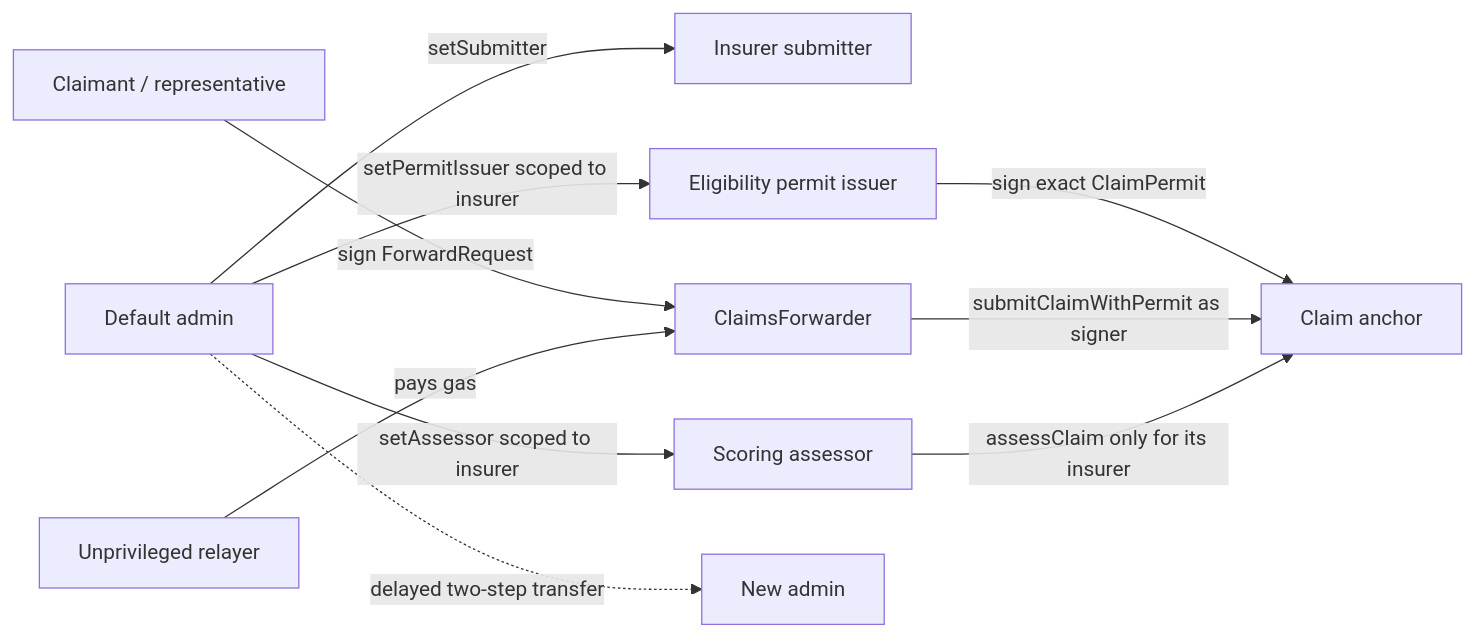
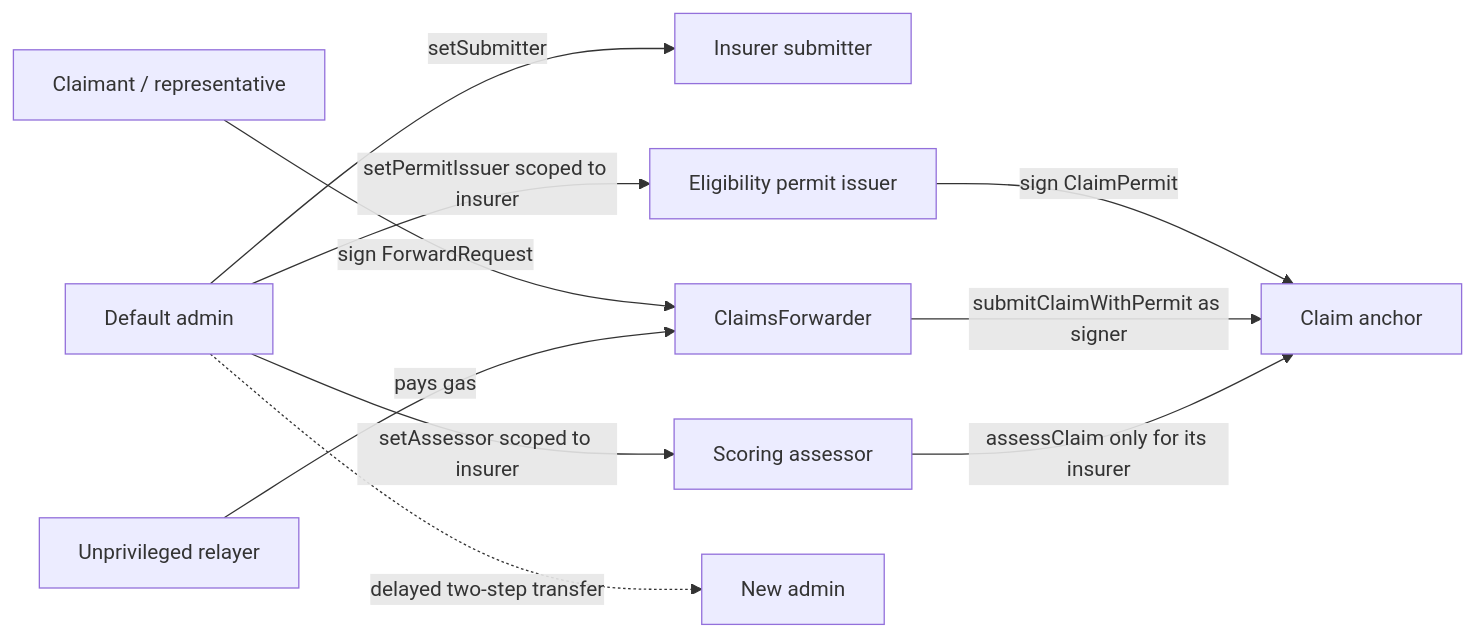
Before and after one commit to ganesh1997oli/Decentralized-Claims-Registry: the first of 2 diagrams in apps/contracts/README.md, drawn with Mermaid. The commit also changed other lines of this file and 80 other files, not shown here.

````diff
--- a/apps/contracts/README.md
+++ b/apps/contracts/README.md
@@ -31,12 +31,12 @@
 ```mermaid
 flowchart LR
     Admin["Default admin"] -->|"setSubmitter"| Submitter["Insurer submitter"]
     Admin -->|"setPermitIssuer scoped to insurer"| Issuer["Eligibility permit issuer"]
     Admin -->|"setAssessor scoped to insurer"| Assessor["Scoring assessor"]
     Claimant["Claimant / representative"] -->|"sign ForwardRequest"| Forwarder["ClaimsForwarder"]
-    Issuer -->|"sign exact ClaimPermit"| Claim["Claim anchor"]
+    Issuer -->|"sign ClaimPermit"| Claim["Claim anchor"]
     Relayer["Unprivileged relayer"] -->|"pays gas"| Forwarder
     Forwarder -->|"submitClaimWithPermit as signer"| Claim
     Assessor -->|"assessClaim only for its insurer"| Claim
     Admin -. "delayed two-step transfer" .-> NewAdmin["New admin"]
 ```
````
